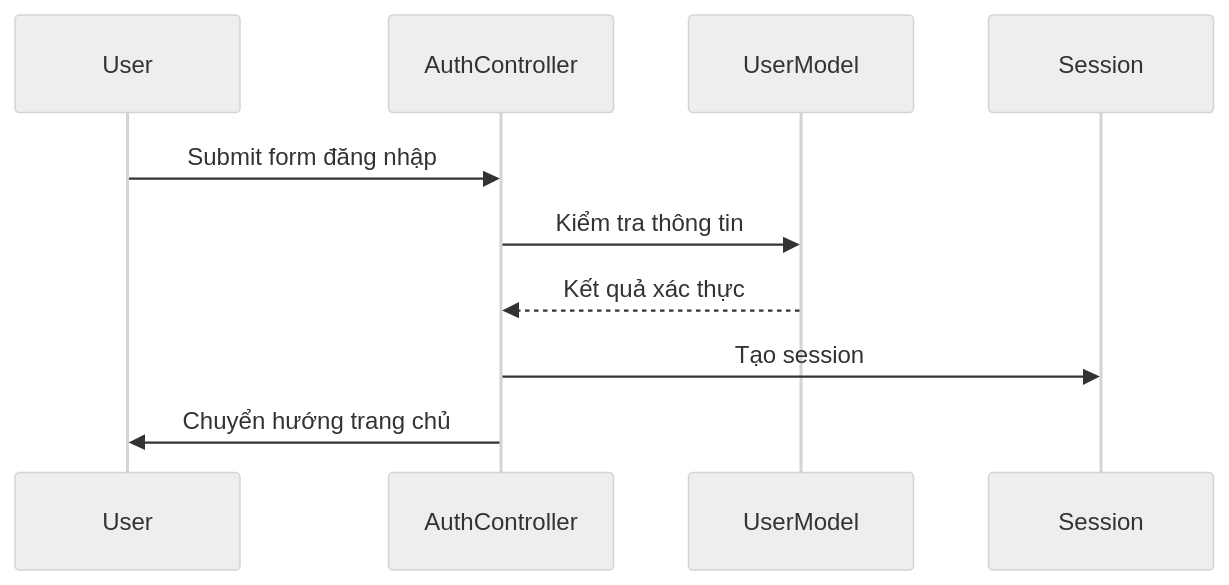
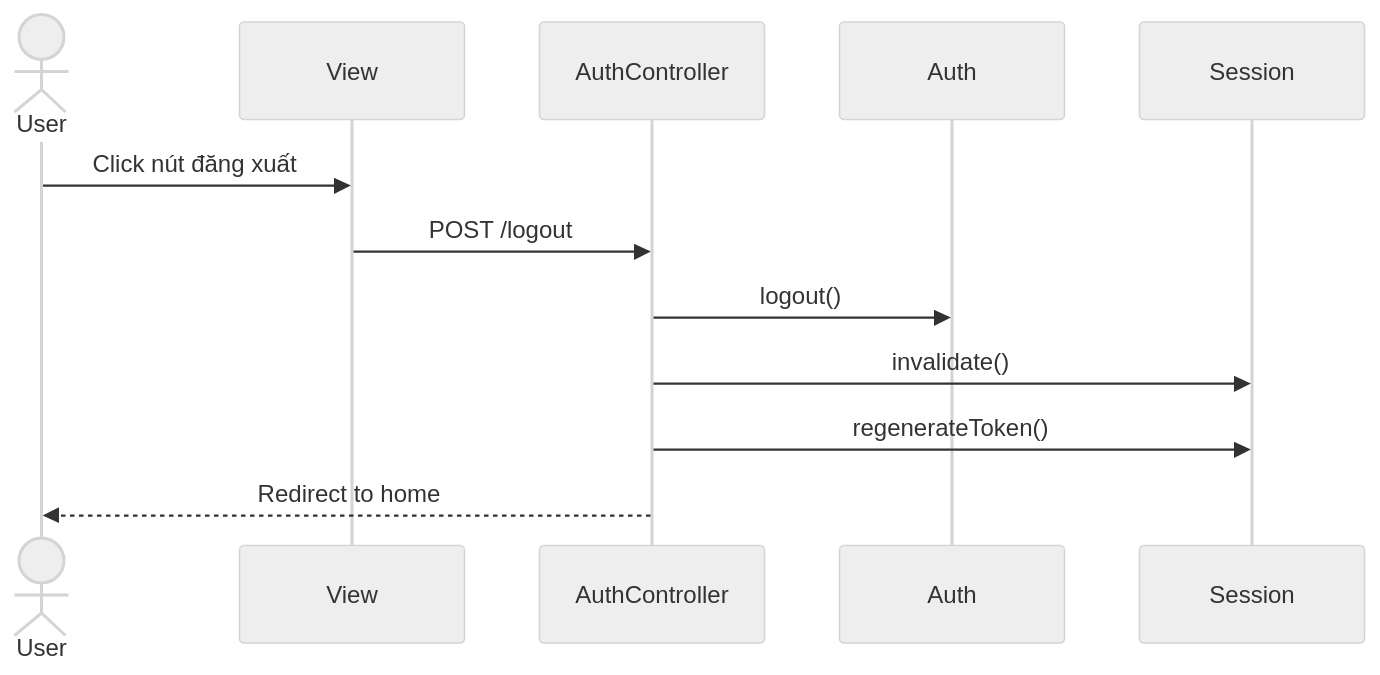
One commit to xuanmanh-2110/flowershop changed the fourth of 24 diagrams in README.md. Above: the diagram before and after it, drawn with Mermaid (neutral theme). The commit also changed other lines of this file, not shown here.

Commit message:
Add sequence diagrams for user authentication, product management, and order processing in README.md

````diff
--- a/README.md
+++ b/README.md
@@ -514,13 +548,15 @@
 ```mermaid
 sequenceDiagram
-    participant User
+    actor User
+    participant View
     participant AuthController
-    participant UserModel
+    participant Auth
     participant Session
-    
-    User->>AuthController: Submit form đăng nhập
-    AuthController->>UserModel: Kiểm tra thông tin
-    UserModel-->>AuthController: Kết quả xác thực
-    AuthController->>Session: Tạo session
-    AuthController->>User: Chuyển hướng trang chủ
+
+    User->>View: Click nút đăng xuất
+    View->>AuthController: POST /logout
+    AuthController->>Auth: logout()
+    AuthController->>Session: invalidate()
+    AuthController->>Session: regenerateToken()
+    AuthController-->>User: Redirect to home
 ```
````
